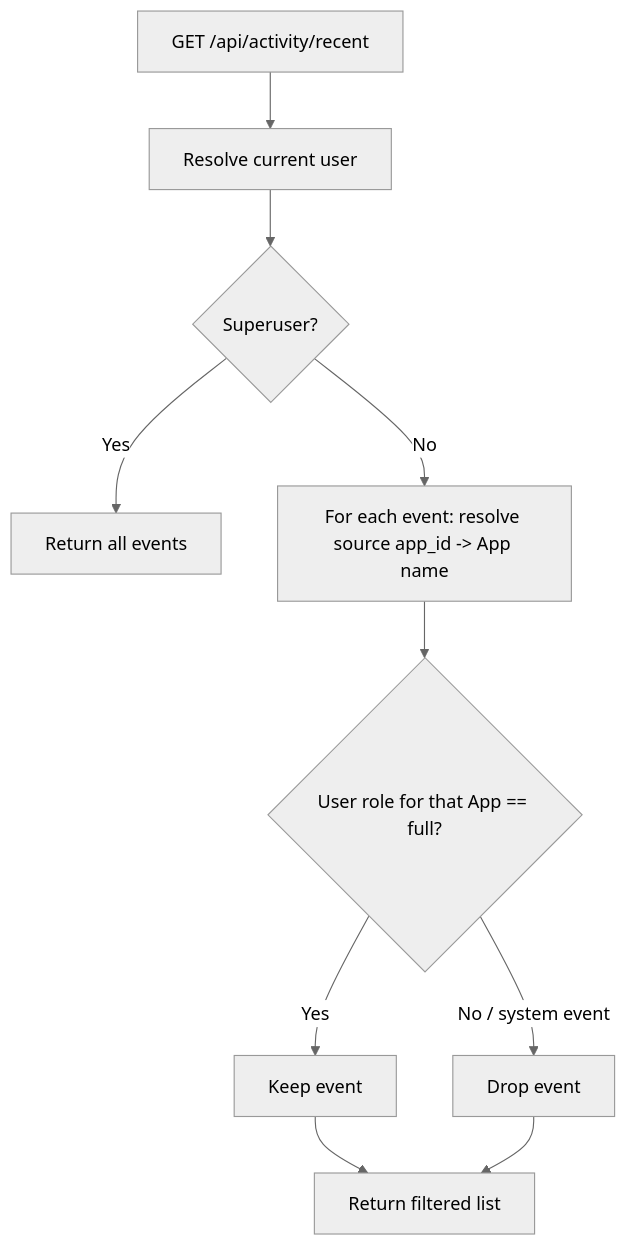
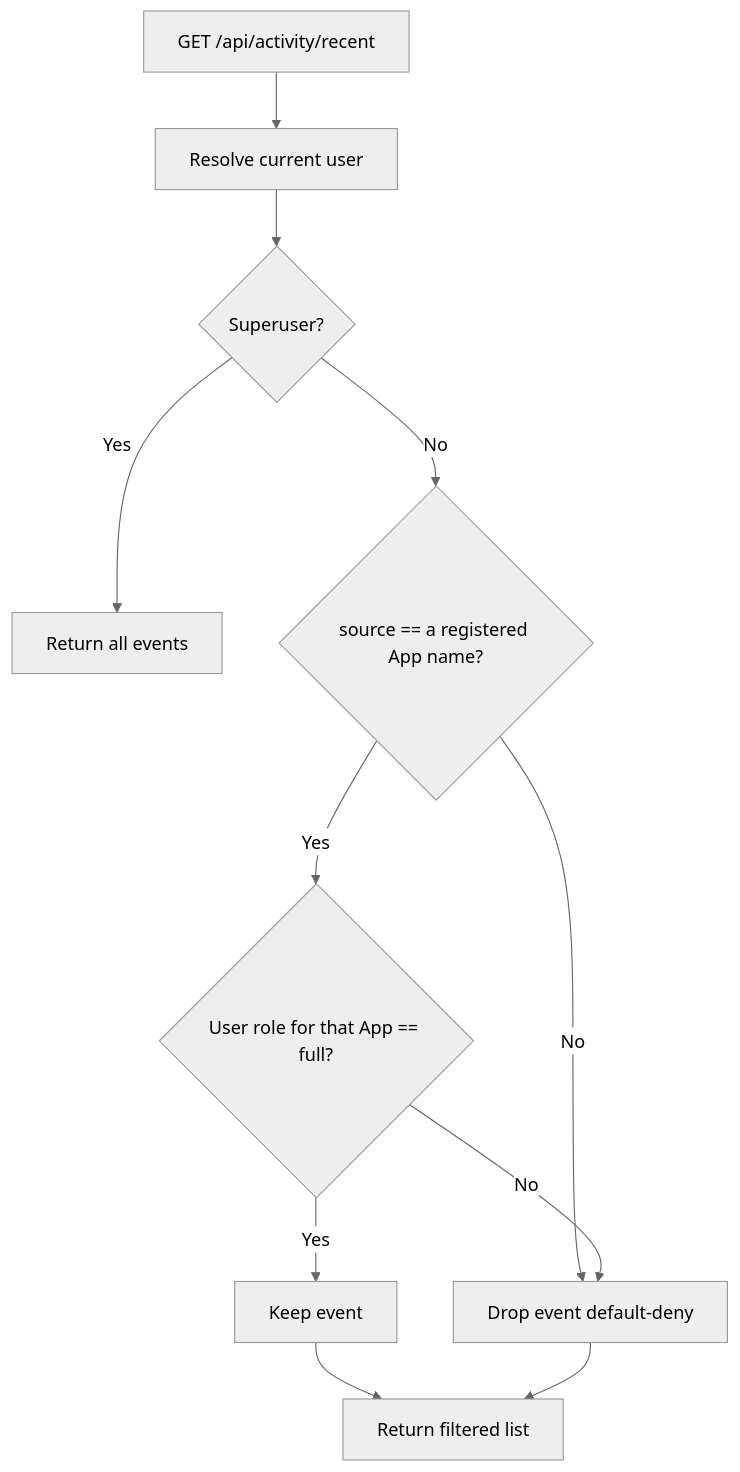
Before and after one commit to felipe-stanham/Latarnia: the third of 4 diagrams in docs/Projects/P-0010/spec.md, drawn with Mermaid (neutral theme). The commit also changed other lines of this file and 9 other files, not shown here.

````diff
--- a/docs/Projects/P-0010/spec.md
+++ b/docs/Projects/P-0010/spec.md
@@ -156,12 +180,13 @@
 ```mermaid
 flowchart TD
     A[GET /api/activity/recent] --> B[Resolve current user]
     B --> C{Superuser?}
     C -- Yes --> D[Return all events]
-    C -- No --> E[For each event: resolve source app_id -> App name]
-    E --> F{User role for that App == full?}
+    C -- No --> E{source == a registered App name?}
+    E -- No --> H[Drop event  default-deny]
+    E -- Yes --> F{User role for that App == full?}
     F -- Yes --> G[Keep event]
-    F -- No / system event --> H[Drop event]
+    F -- No --> H
     G --> I[Return filtered list]
     H --> I
 ```
````
